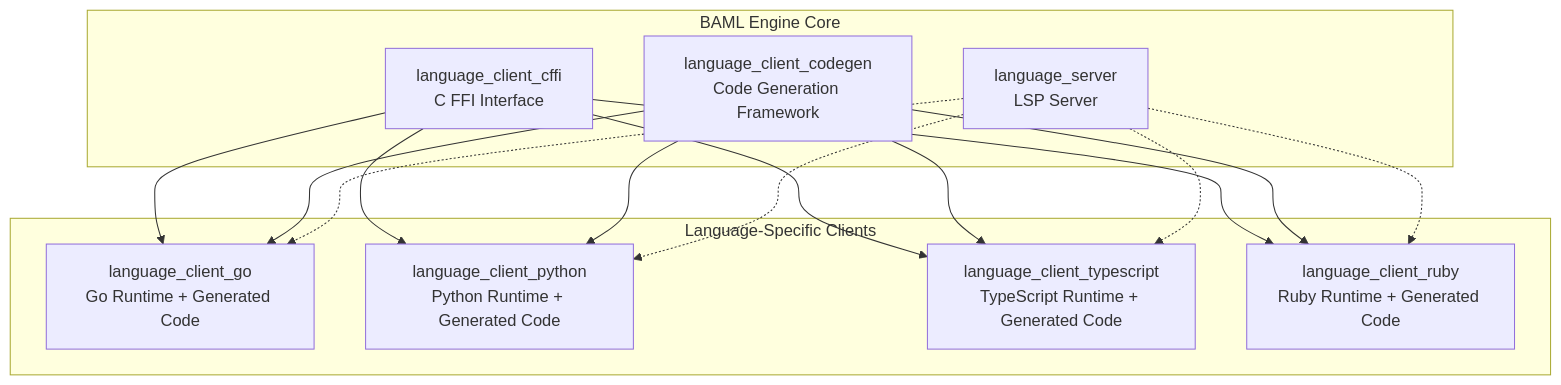
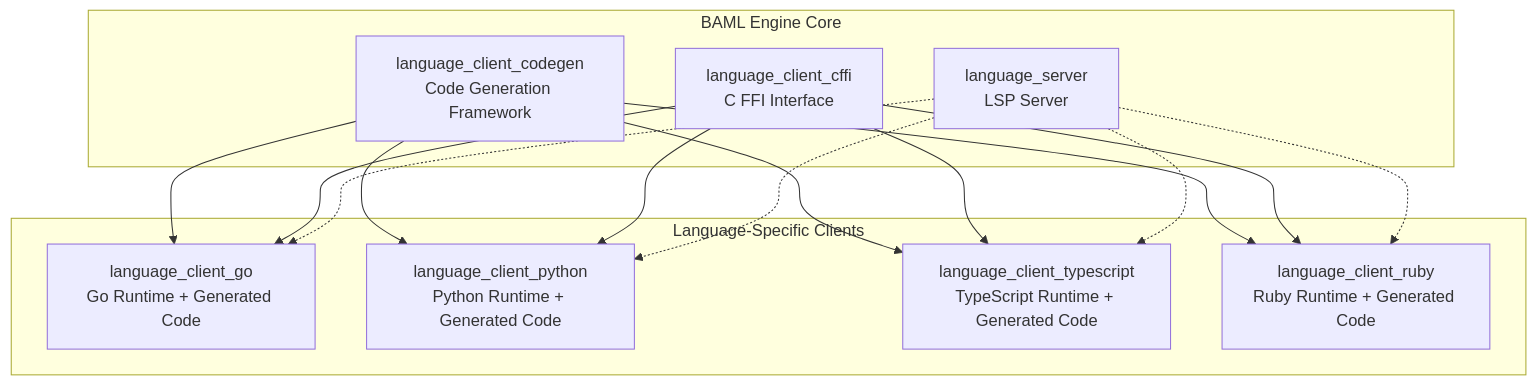
Before and after one commit to quencs/baml: the first of 3 diagrams in BAML-RUST.md, drawn with Mermaid. The commit also changed 19 other files, not shown here.

````diff
--- a/BAML-RUST.md
+++ b/BAML-RUST.md
@@ -44,30 +44,30 @@
 ```mermaid
 graph TB
     subgraph "BAML Engine Core"
+        Codegen[language_client_codegen<br/>Code Generation Framework]
         CFFI[language_client_cffi<br/>C FFI Interface]
-        Codegen[language_client_codegen<br/>Code Generation Framework]
         Server[language_server<br/>LSP Server]
     end
     
     subgraph "Language-Specific Clients"
         Go[language_client_go<br/>Go Runtime + Generated Code]
         Python[language_client_python<br/>Python Runtime + Generated Code]
         TS[language_client_typescript<br/>TypeScript Runtime + Generated Code]
         Ruby[language_client_ruby<br/>Ruby Runtime + Generated Code]
     end
+
+    Codegen --> Go
+    Codegen --> Python
+    Codegen --> TS
+    Codegen --> Ruby
     
     CFFI --> Go
     CFFI --> Python  
     CFFI --> TS
     CFFI --> Ruby
     
-    Codegen --> Go
-    Codegen --> Python
-    Codegen --> TS
-    Codegen --> Ruby
-    
     Server -.-> Go
     Server -.-> Python
     Server -.-> TS
     Server -.-> Ruby
 ```
````
